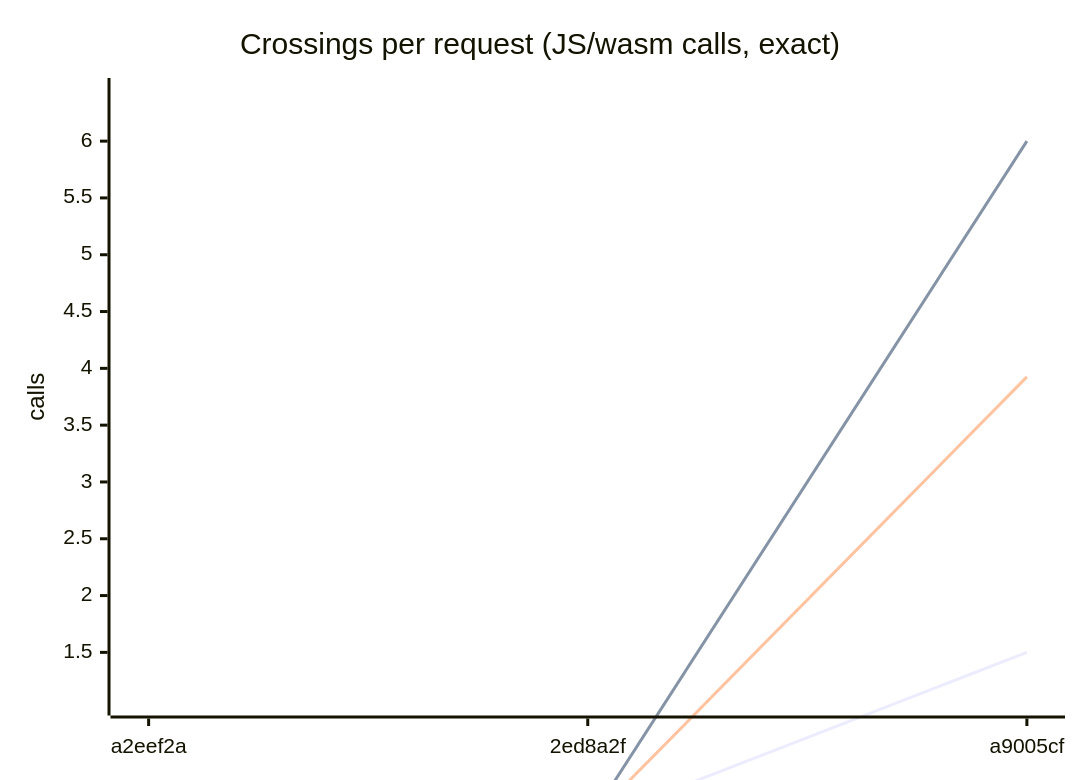
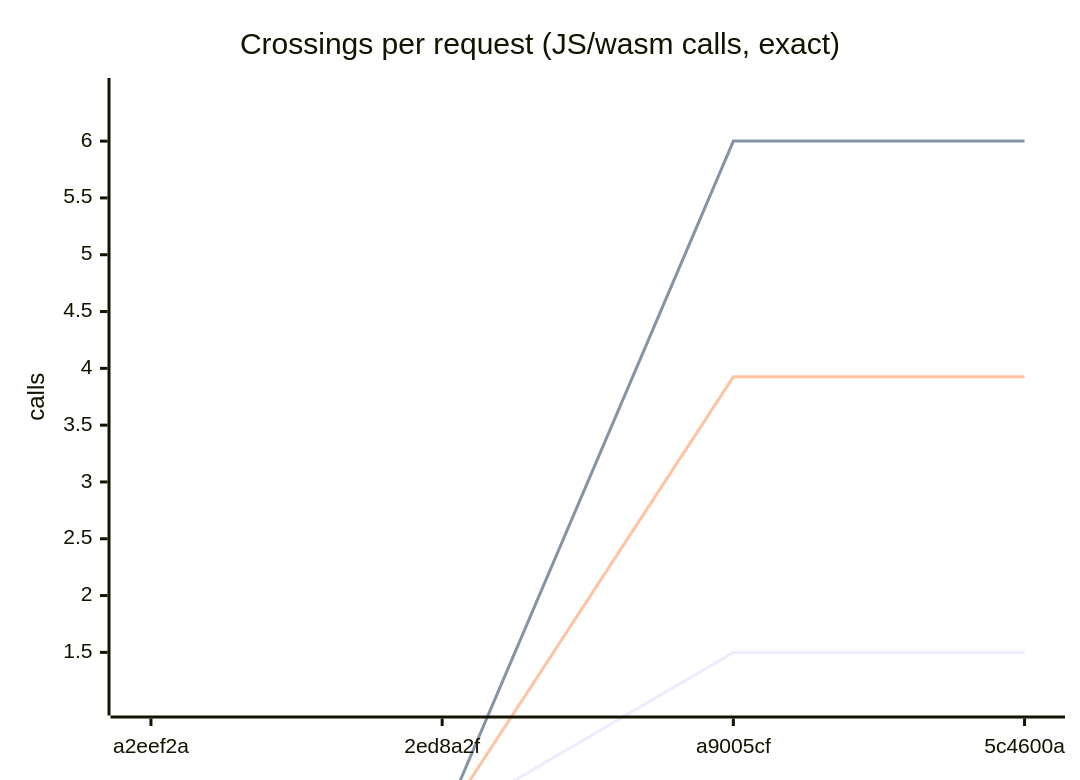
One commit to Karakatiza666/roc-cloudflare-workers changed the fourth of 7 diagrams in CHART.md. Above: the diagram before and after it, drawn with Mermaid. The commit also changed other lines of this file and 2 other files, not shown here.

````diff
--- a/CHART.md
+++ b/CHART.md
@@ -55,9 +55,9 @@
 ```mermaid
 xychart-beta
     title "Crossings per request (JS/wasm calls, exact)"
-    x-axis ["a2eef2a", "2ed8a2f", "a9005cf"]
+    x-axis ["a2eef2a", "2ed8a2f", "a9005cf", "5c4600a"]
     y-axis "calls" 1.05 --> 6.45
-    line [0, 0, 1.5]
-    line [0, 0, 6]
-    line [0, 0, 3.925]
+    line [0, 0, 1.5, 1.5]
+    line [0, 0, 6, 6]
+    line [0, 0, 3.925, 3.925]
 ```
````
